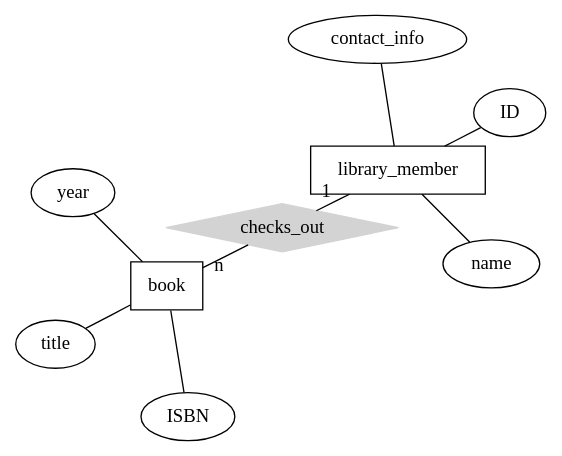
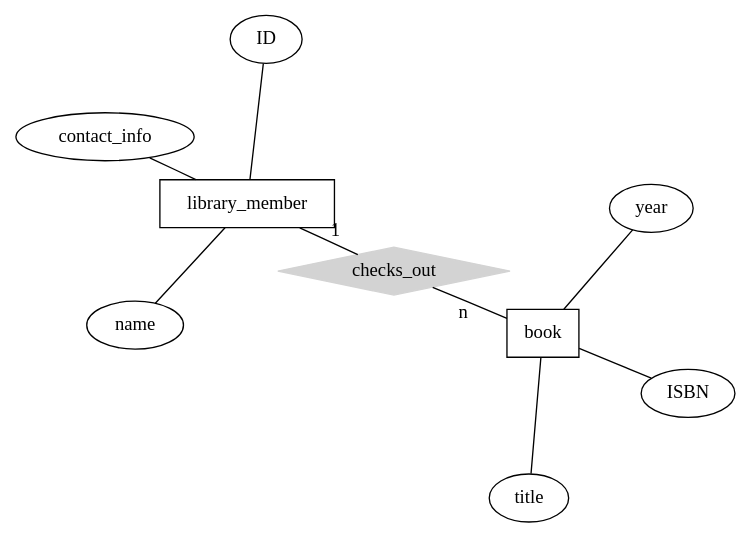
The first of 2 diagrams in hw2/README.qmd (cmsc-vcu/cmsc508-fa2023-hw2-camslam13), drawn with Graphviz before and after one commit. The commit also changed 1 other file, not shown here.

Commit message:
my first commit to this repo

````diff
--- a/hw2/README.qmd
+++ b/hw2/README.qmd
@@ -21,20 +21,20 @@
 ```{dot}
 //| echo: false
 graph ER {
     layout=neato;
-    scale=1.2;
-    node [shape=box]; book; library_member;
+    scale=1.5;
+    node [shape=box]; library_member; book;
     node [shape=ellipse]; name, contact_info, ID, year, title, ISBN
     node [shape=diamond,style=filled,color=lightgrey]; checks_out
     
     library_member -- checks_out [label="1",len=1.00]
     checks_out -- book [label="n",len=1.00]
     
     library_member -- ID
     library_member -- name
     library_member -- contact_info
     book -- year
     book -- title
     book -- ISBN
 }
 ```
````
